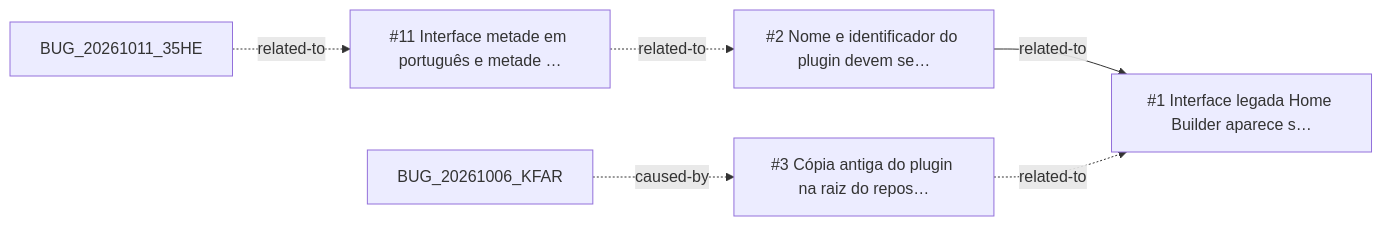
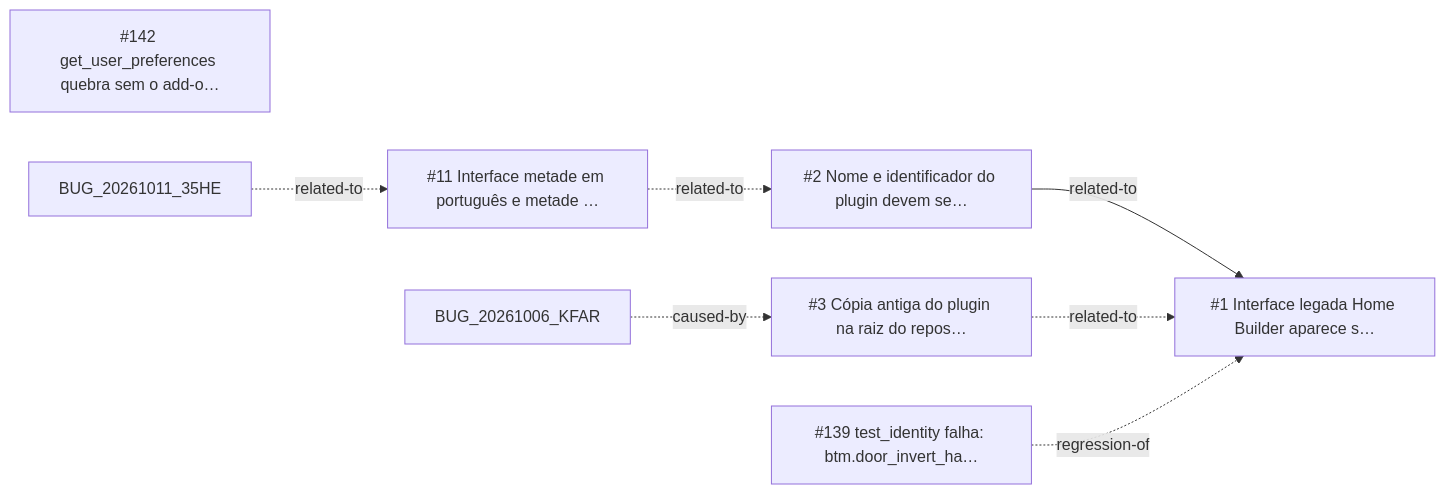
One commit to CAFFDIGITALPLATFORM/caffmob_draw changed the diagram in _reversa_bugs/plugin-caffmob-draw/generated/graph.md. Above: the diagram before and after it, drawn with Mermaid. The commit also changed other lines of this file and 136 other files, not shown here.

````diff
--- a/_reversa_bugs/plugin-caffmob-draw/generated/graph.md
+++ b/_reversa_bugs/plugin-caffmob-draw/generated/graph.md
@@ -5,12 +5,15 @@
 ```mermaid
 graph LR
   BUG_20261006_NO4Q["#1 Interface legada Home Builder aparece s…"]
   BUG_20261006_QAVK["#2 Nome e identificador do plugin devem se…"]
   BUG_20261006_SCVF["#3 Cópia antiga do plugin na raiz do repos…"]
   BUG_20261007_FLZO["#11 Interface metade em português e metade …"]
+  BUG_20261012_RCOU["#139 test_identity falha: btm.door_invert_ha…"]
+  BUG_20261012_WBKI["#142 get_user_preferences quebra sem o add-o…"]
   BUG_20261011_35HE -.->|related-to| BUG_20261007_FLZO
   BUG_20261006_KFAR -.->|caused-by| BUG_20261006_SCVF
   BUG_20261006_QAVK -->|related-to| BUG_20261006_NO4Q
   BUG_20261006_SCVF -.->|related-to| BUG_20261006_NO4Q
   BUG_20261007_FLZO -.->|related-to| BUG_20261006_QAVK
+  BUG_20261012_RCOU -.->|regression-of| BUG_20261006_NO4Q
 ```
````
